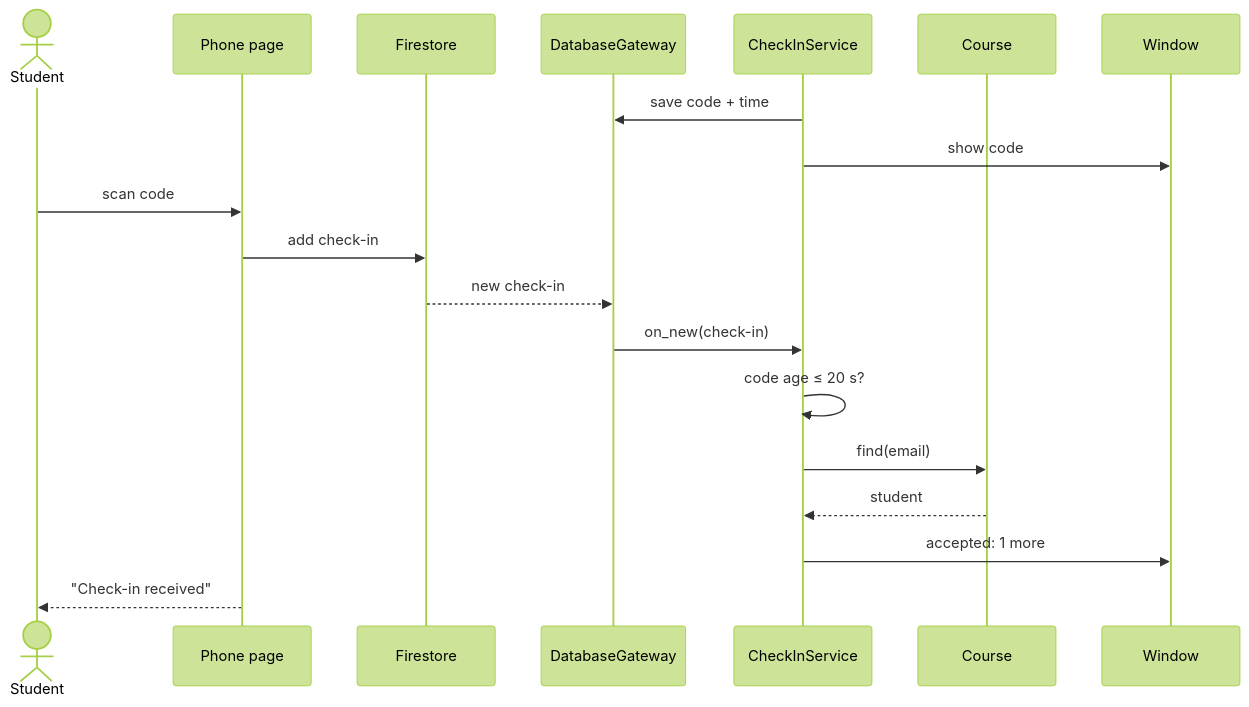
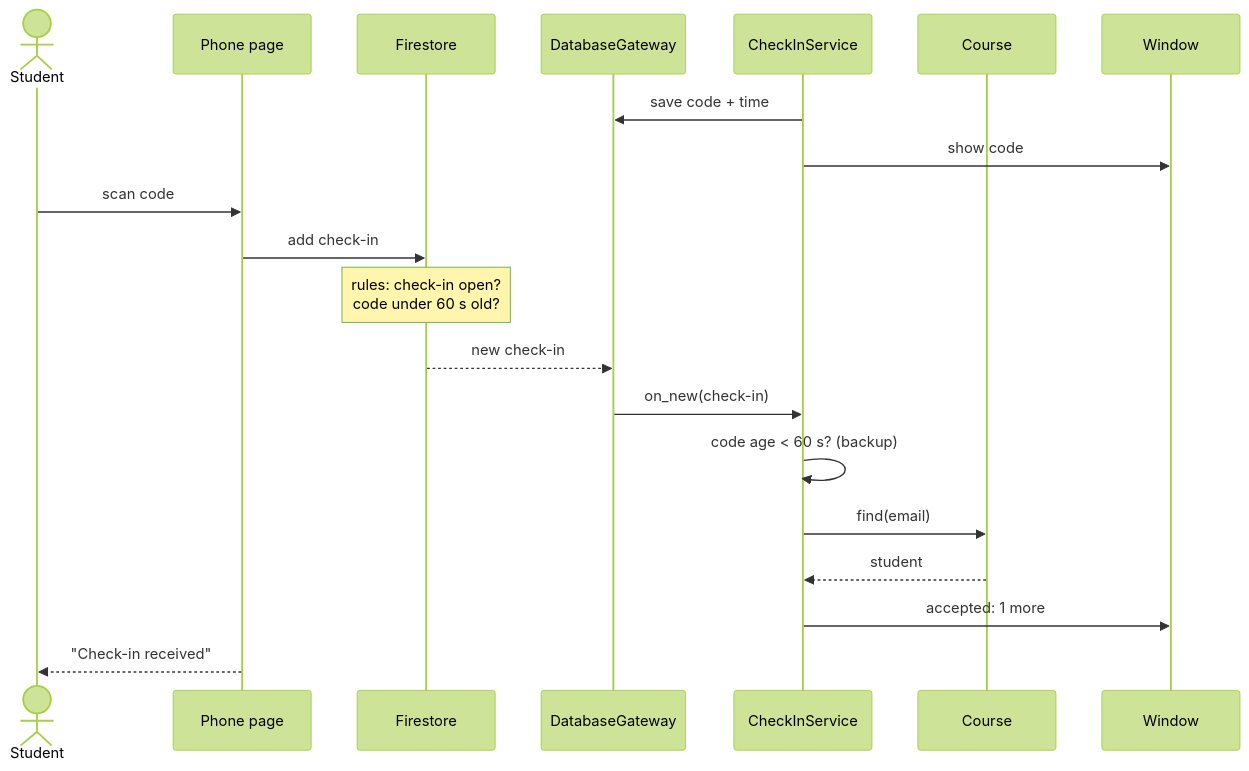
Before and after one commit to yonatanShoval/OOP_Exercise2: the tenth of 15 diagrams in docs/design.md, drawn with Mermaid (forest theme). The commit also changed other lines of this file and 24 other files, not shown here.

````diff
--- a/docs/design.md
+++ b/docs/design.md
@@ -393,21 +393,22 @@
 ```mermaid
 sequenceDiagram
     actor S as Student
     participant P as Phone page
     participant F as Firestore
     participant D as DatabaseGateway
     participant K as CheckInService
     participant C as Course
     participant W as Window
     K->>D: save code + time
     K->>W: show code
     S->>P: scan code
     P->>F: add check-in
+    Note over F: rules: check-in open?<br/>code under 60 s old?
     F-->>D: new check-in
     D->>K: on_new(check-in)
-    K->>K: code age ≤ 20 s?
+    K->>K: code age < 60 s? (backup)
     K->>C: find(email)
     C-->>K: student
     K->>W: accepted: 1 more
     P-->>S: "Check-in received"
 ```
````
